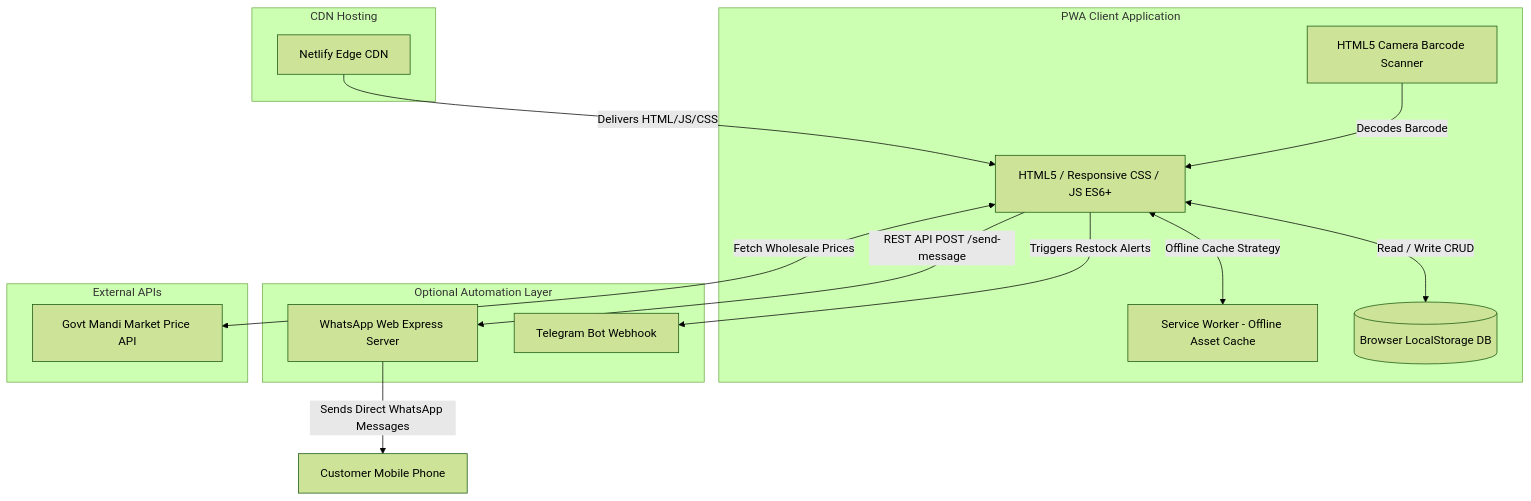
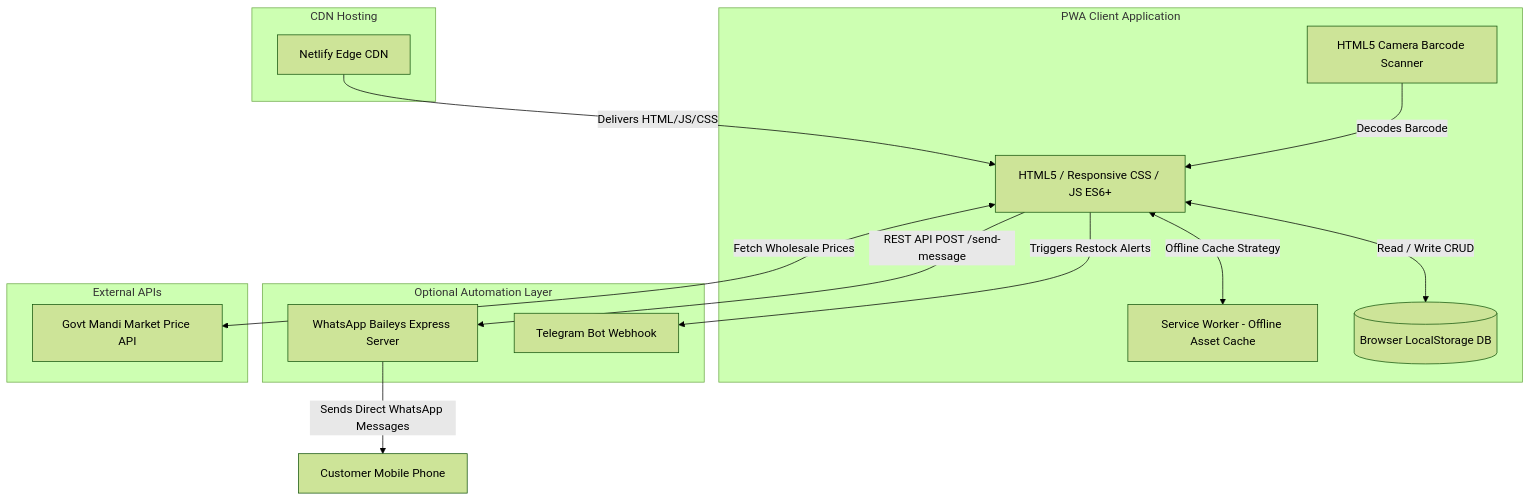
Before and after one commit to hanan-kzzz/dept-managment-app: the first of 3 diagrams in README.md, drawn with Mermaid (forest theme). The commit also changed other lines of this file and 21 other files, not shown here.

Commit message:
feat: migrate WhatsApp automation to Baileys library and update core features

````diff
--- a/README.md
+++ b/README.md
@@ -167,31 +167,31 @@
 ```mermaid
 graph TD
     subgraph Client Browser [PWA Client Application]
         UI[HTML5 / Responsive CSS / JS ES6+]
         SW[Service Worker - Offline Asset Cache]
         DB[(Browser LocalStorage DB)]
         CAM[HTML5 Camera Barcode Scanner]
     end
 
     subgraph CDN Hosting
         NET[Netlify Edge CDN]
     end
 
     subgraph Node.js Microservices [Optional Automation Layer]
-        WAS[WhatsApp Web Express Server]
+        WAS[WhatsApp Baileys Express Server]
         TG[Telegram Bot Webhook]
     end
 
     subgraph External APIs
         MKT[Govt Mandi Market Price API]
     end
 
     NET -->|Delivers HTML/JS/CSS| UI
     UI <-->|Read / Write CRUD| DB
     UI <-->|Offline Cache Strategy| SW
     CAM -->|Decodes Barcode| UI
     UI -->|Triggers Restock Alerts| TG
     UI -->|REST API POST /send-message| WAS
     WAS -->|Sends Direct WhatsApp Messages| CUST[Customer Mobile Phone]
     UI <-->|Fetch Wholesale Prices| MKT
 ```
````
